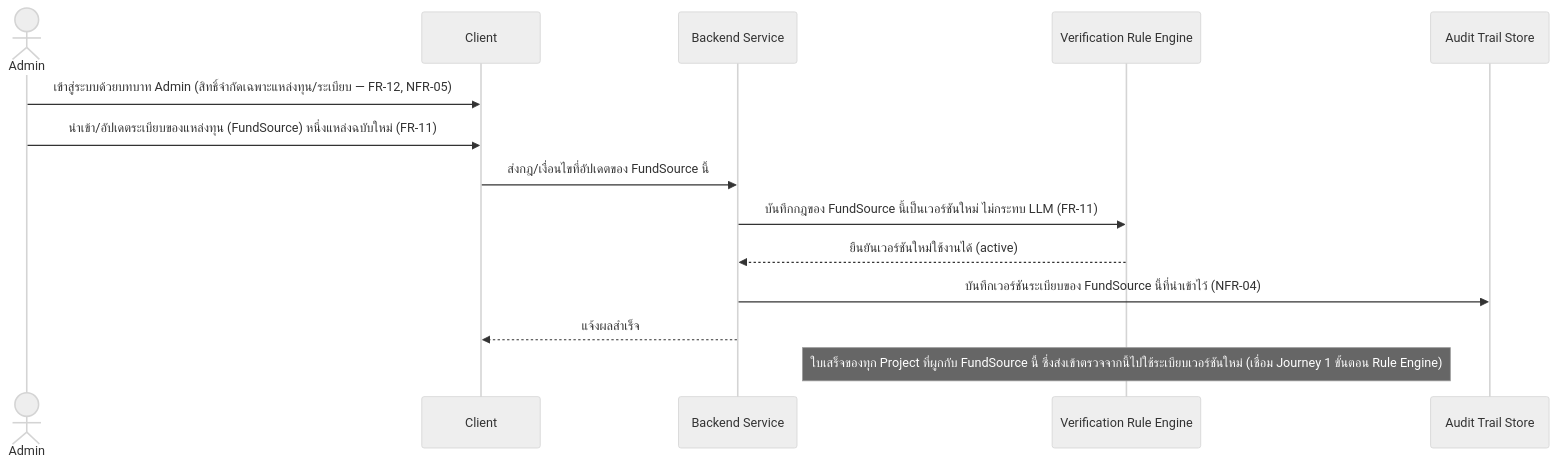
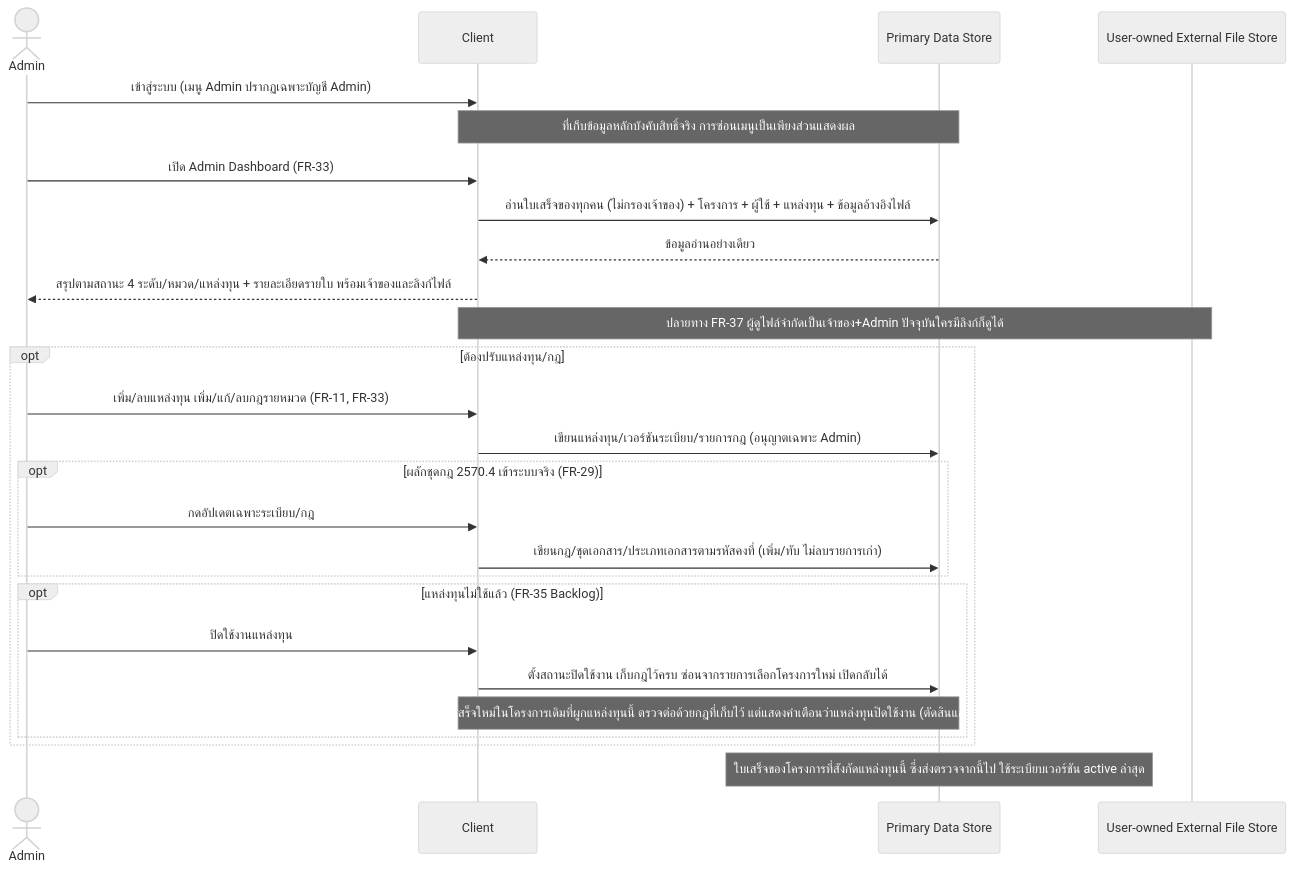
The fifth of 8 diagrams in docs/02-design/02-technical/architecture.md (ptrsswnr/Grant-Receipt-Assistant), drawn with Mermaid (neutral theme) before and after one commit. The commit also changed other lines of this file and 27 other files, not shown here.

````diff
--- a/docs/02-design/02-technical/architecture.md
+++ b/docs/02-design/02-technical/architecture.md
@@ -250,17 +313,29 @@
 ```mermaid
 sequenceDiagram
     actor A as Admin
     participant C as Client
-    participant B as Backend Service
-    participant RE as Verification Rule Engine
-    participant AT as Audit Trail Store
+    participant DS as Primary Data Store
+    participant EF as User-owned External File Store
 
-    A->>C: เข้าสู่ระบบด้วยบทบาท Admin (สิทธิ์จำกัดเฉพาะแหล่งทุน/ระเบียบ — FR-12, NFR-05)
-    A->>C: นำเข้า/อัปเดตระเบียบของแหล่งทุน (FundSource) หนึ่งแหล่งฉบับใหม่ (FR-11)
-    C->>B: ส่งกฎ/เงื่อนไขที่อัปเดตของ FundSource นี้
-    B->>RE: บันทึกกฎของ FundSource นี้เป็นเวอร์ชันใหม่ ไม่กระทบ LLM (FR-11)
-    RE-->>B: ยืนยันเวอร์ชันใหม่ใช้งานได้ (active)
-    B->>AT: บันทึกเวอร์ชันระเบียบของ FundSource นี้ที่นำเข้าไว้ (NFR-04)
-    B-->>C: แจ้งผลสำเร็จ
-    Note over RE: ใบเสร็จของทุก Project ที่ผูกกับ FundSource นี้ ซึ่งส่งเข้าตรวจจากนี้ไปใช้ระเบียบเวอร์ชันใหม่ (เชื่อม Journey 1 ขั้นตอน Rule Engine)
+    A->>C: เข้าสู่ระบบ (เมนู Admin ปรากฏเฉพาะบัญชี Admin)
+    Note over C,DS: ที่เก็บข้อมูลหลักบังคับสิทธิ์จริง การซ่อนเมนูเป็นเพียงส่วนแสดงผล
+    A->>C: เปิด Admin Dashboard (FR-33)
+    C->>DS: อ่านใบเสร็จของทุกคน (ไม่กรองเจ้าของ) + โครงการ + ผู้ใช้ + แหล่งทุน + ข้อมูลอ้างอิงไฟล์
+    DS-->>C: ข้อมูลอ่านอย่างเดียว
+    C-->>A: สรุปตามสถานะ 4 ระดับ/หมวด/แหล่งทุน + รายละเอียดรายใบ พร้อมเจ้าของและลิงก์ไฟล์
+    Note over C,EF: ปลายทาง FR-37 ผู้ดูไฟล์จำกัดเป็นเจ้าของ+Admin ปัจจุบันใครมีลิงก์ก็ดูได้
+    opt ต้องปรับแหล่งทุน/กฎ
+        A->>C: เพิ่ม/ลบแหล่งทุน เพิ่ม/แก้/ลบกฎรายหมวด (FR-11, FR-33)
+        C->>DS: เขียนแหล่งทุน/เวอร์ชันระเบียบ/รายการกฎ (อนุญาตเฉพาะ Admin)
+        opt ผลักชุดกฎ 2570.4 เข้าระบบจริง (FR-29)
+            A->>C: กดอัปเดตเฉพาะระเบียบ/กฎ
+            C->>DS: เขียนกฎ/ชุดเอกสาร/ประเภทเอกสารตามรหัสคงที่ (เพิ่ม/ทับ ไม่ลบรายการเก่า)
+        end
+        opt แหล่งทุนไม่ใช้แล้ว (FR-35 Backlog)
+            A->>C: ปิดใช้งานแหล่งทุน
+            C->>DS: ตั้งสถานะปิดใช้งาน เก็บกฎไว้ครบ ซ่อนจากรายการเลือกโครงการใหม่ เปิดกลับได้
+            Note over C,DS: ใบเสร็จใหม่ในโครงการเดิมที่ผูกแหล่งทุนนี้ ตรวจต่อด้วยกฎที่เก็บไว้ แต่แสดงคำเตือนว่าแหล่งทุนปิดใช้งาน (ตัดสินแล้ว)
+        end
+    end
+    Note over DS: ใบเสร็จของโครงการที่สังกัดแหล่งทุนนี้ ซึ่งส่งตรวจจากนี้ไป ใช้ระเบียบเวอร์ชัน active ล่าสุด
 ```
````
